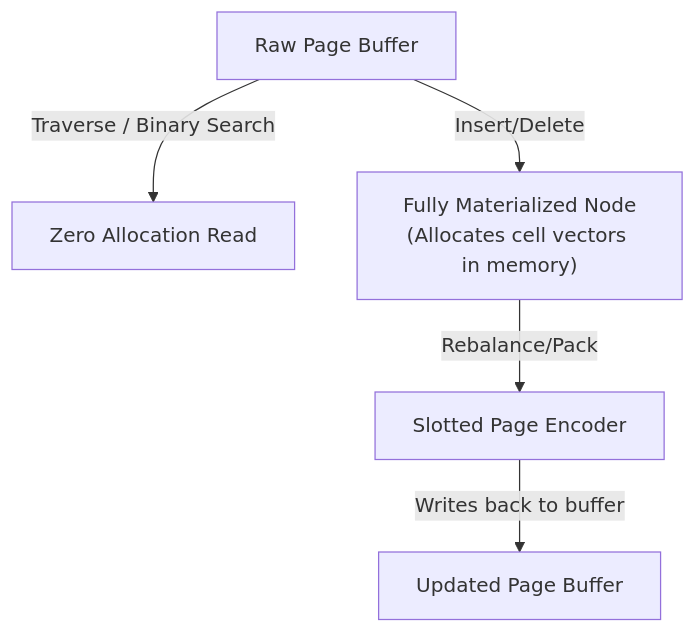
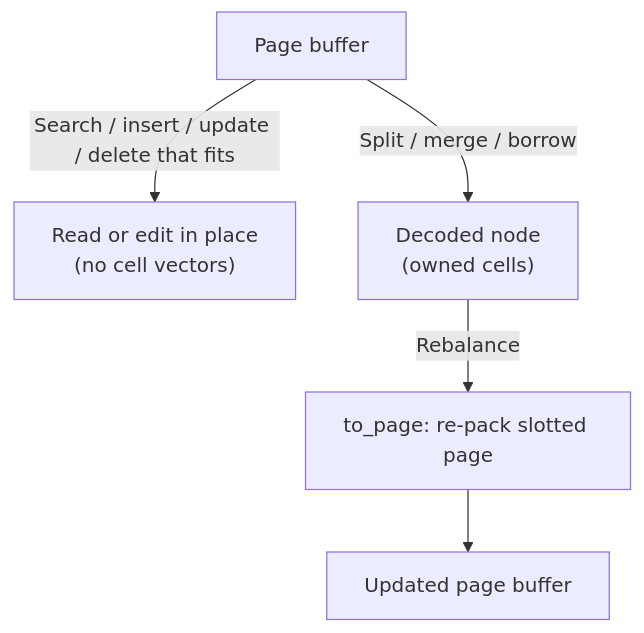
The diagram in docs/codebase-guide.md (nathy-cpu/hematite), drawn with Mermaid before and after one commit. The commit also changed other lines of this file and 85 other files, not shown here.

````diff
--- a/docs/codebase-guide.md
+++ b/docs/codebase-guide.md
@@ -258,13 +265,13 @@
 ```mermaid
 flowchart TD
-    RawPage["Raw Page Buffer"]
-    ZeroAlloc["Zero Allocation Read"]
-    Materialized["Fully Materialized Node<br>(Allocates cell vectors in memory)"]
-    Encoder["Slotted Page Encoder"]
-    Updated["Updated Page Buffer"]
+    RawPage["Page buffer"]
+    InPlace["Read or edit in place<br>(no cell vectors)"]
+    Materialized["Decoded node<br>(owned cells)"]
+    Encoder["to_page: re-pack slotted page"]
+    Updated["Updated page buffer"]
 
-    RawPage -->|Traverse / Binary Search| ZeroAlloc
-    RawPage -->|Insert/Delete| Materialized
-    Materialized -->|Rebalance/Pack| Encoder
-    Encoder -->|Writes back to buffer| Updated
+    RawPage -->|Search / insert / update / delete that fits| InPlace
+    RawPage -->|Split / merge / borrow| Materialized
+    Materialized -->|Rebalance| Encoder
+    Encoder --> Updated
 ```
````
